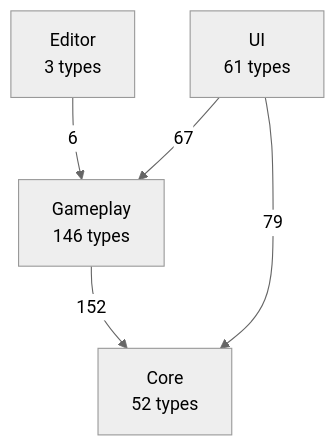
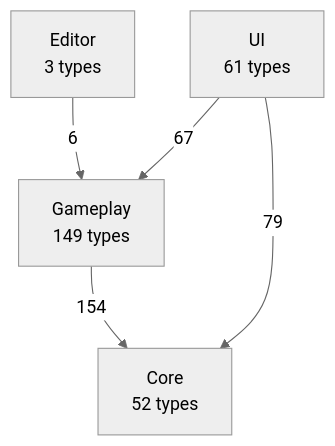
The first of 2 diagrams in docs/uml/00-overview.md (PhumipatWave/project-ocean), drawn with Mermaid (neutral theme) before and after one commit. The commit also changed other lines of this file and 88 other files, not shown here.

````diff
--- a/docs/uml/00-overview.md
+++ b/docs/uml/00-overview.md
@@ -11,11 +11,11 @@
 ```mermaid
 flowchart TB
   Editor["Editor<br/>3 types"]
   UI["UI<br/>61 types"]
-  Gameplay["Gameplay<br/>146 types"]
+  Gameplay["Gameplay<br/>149 types"]
   Core["Core<br/>52 types"]
   Editor -->|6| Gameplay
-  Gameplay -->|152| Core
+  Gameplay -->|154| Core
   UI -->|79| Core
   UI -->|67| Gameplay
 ```
````
